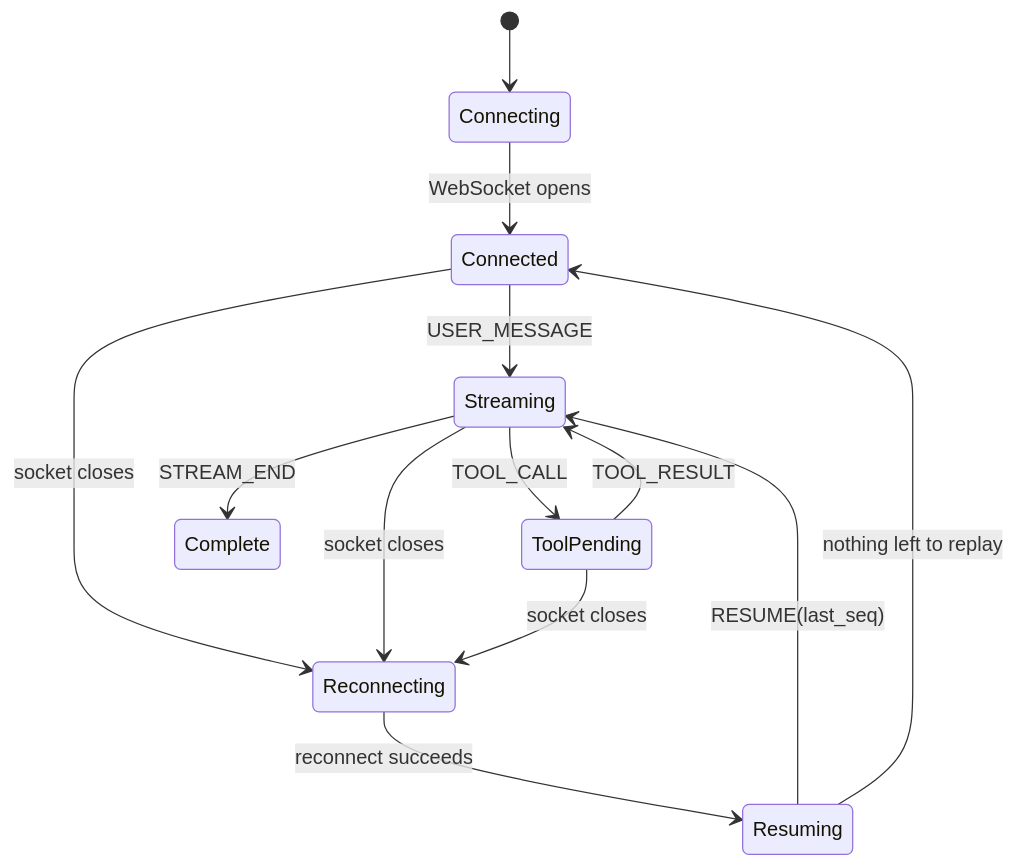
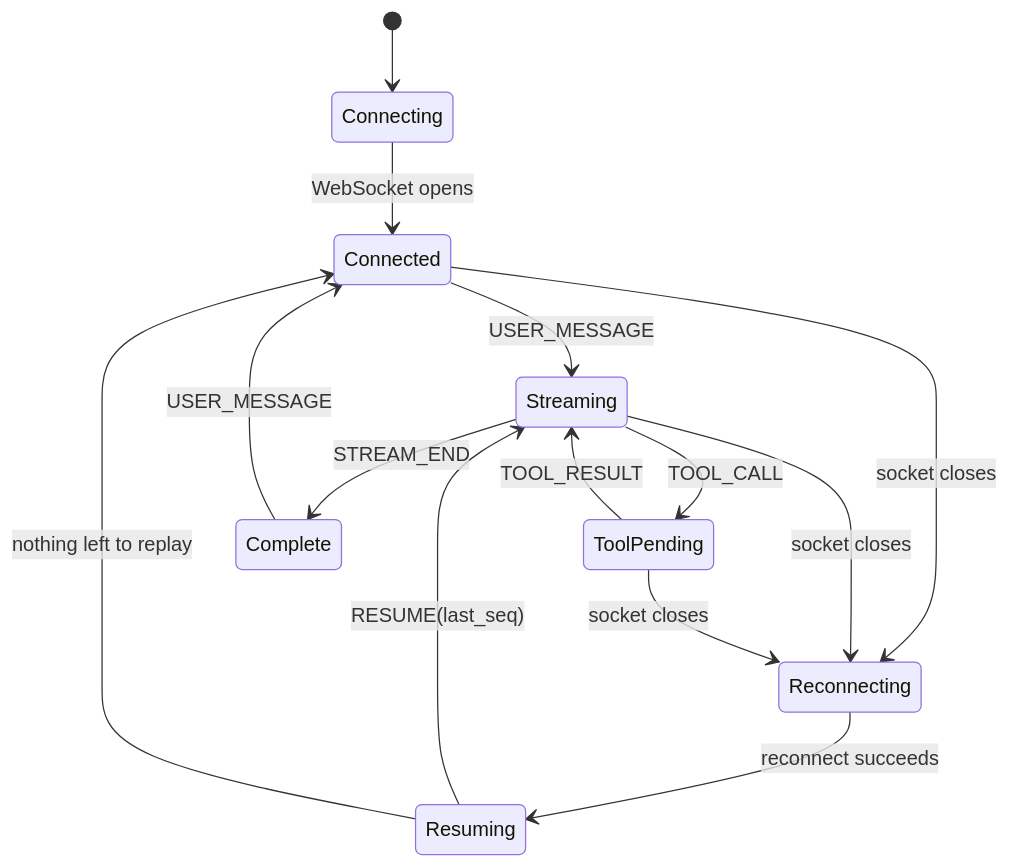
Before and after one commit to GeneralFloofypaws/DT_Alchemyst_assignment: the diagram in agent-console/README.md, drawn with Mermaid.

````diff
--- a/agent-console/README.md
+++ b/agent-console/README.md
@@ -40,23 +40,23 @@
 ```mermaid
 stateDiagram-v2
 
 [*] --> Connecting
 
 Connecting --> Connected : WebSocket opens
 
 Connected --> Streaming : USER_MESSAGE
 
 Streaming --> ToolPending : TOOL_CALL
 ToolPending --> Streaming : TOOL_RESULT
 
 Streaming --> Complete : STREAM_END
 
 Connected --> Reconnecting : socket closes
 Streaming --> Reconnecting : socket closes
 ToolPending --> Reconnecting : socket closes
 
 Reconnecting --> Resuming : reconnect succeeds
 Resuming --> Streaming : RESUME(last_seq)
 Resuming --> Connected : nothing left to replay
-
+Complete --> Connected : USER_MESSAGE
 ```
````
